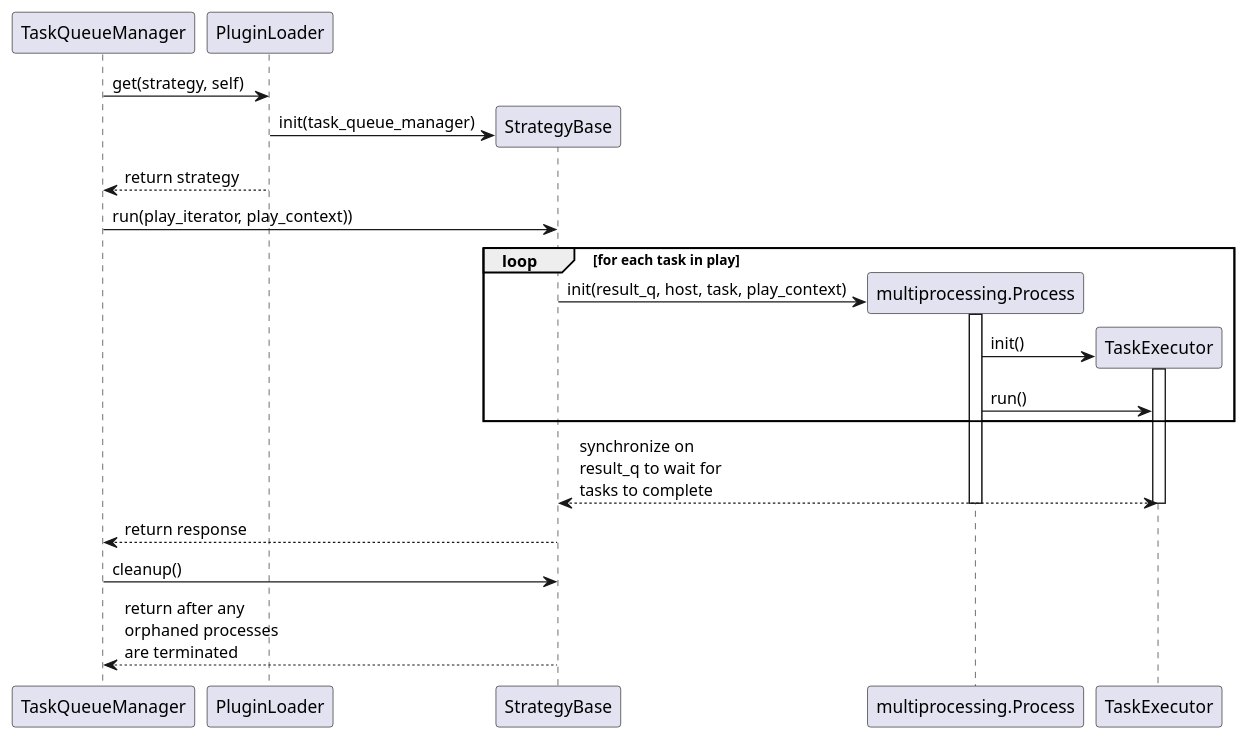
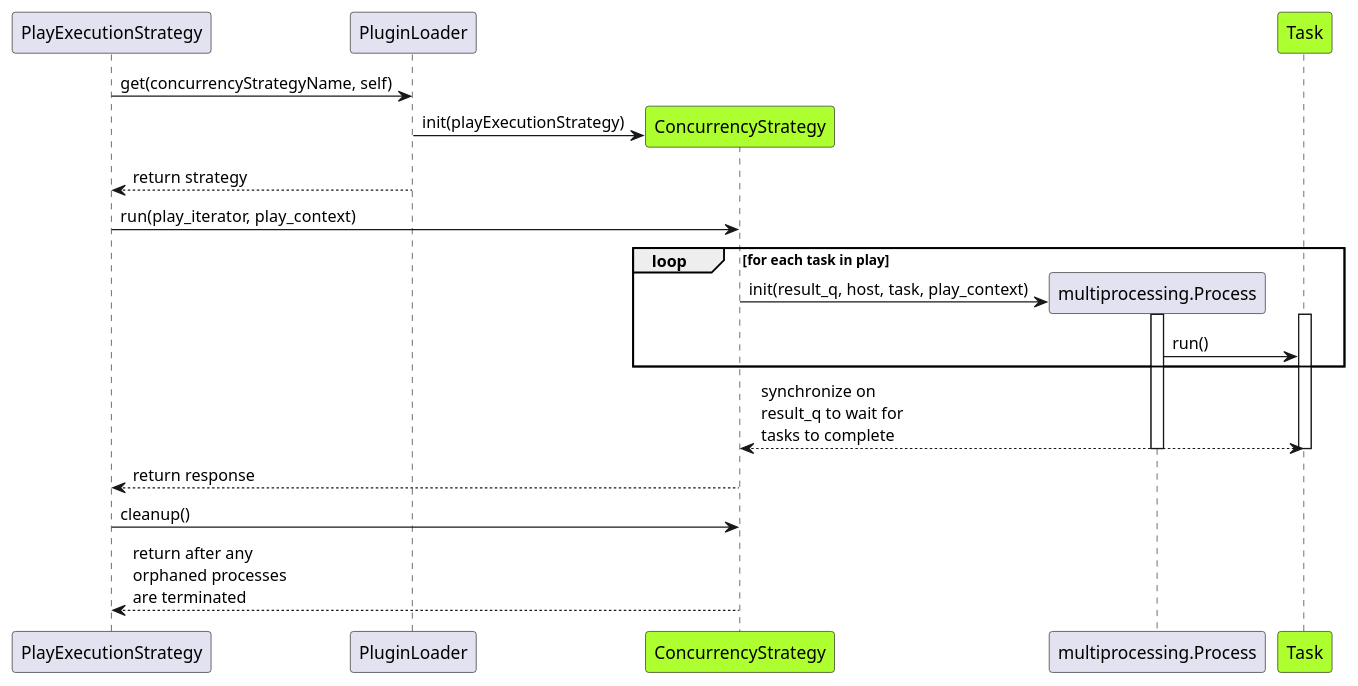
The diagram in project/uml/StrategySequence.puml (ezequiels/nazz), drawn with PlantUML before and after one commit. The commit also changed 1 other file, not shown here.

Commit message:
Move CLI sequence diagrams to different folder. Update domain diagrams.

```diff
--- a/project/uml/StrategySequence.puml
+++ b/project/uml/StrategySequence.puml
@@ -1,27 +1,27 @@
 @startuml
-participant TaskQueueManager
+participant PlayExecutionStrategy
 participant PluginLoader
-TaskQueueManager->PluginLoader:get(strategy, self)
-create StrategyBase
-PluginLoader->StrategyBase: init(task_queue_manager)
-TaskQueueManager<--PluginLoader:return strategy
-TaskQueueManager->StrategyBase: run(play_iterator, play_context))
+participant ConcurrencyStrategy #greenYellow
+PlayExecutionStrategy->PluginLoader:get(concurrencyStrategyName, self)
+create ConcurrencyStrategy
+PluginLoader->ConcurrencyStrategy: init(playExecutionStrategy)
+PlayExecutionStrategy<--PluginLoader: return strategy
+PlayExecutionStrategy->ConcurrencyStrategy: run(play_iterator, play_context)
 
 loop for each task in play
 create multiprocessing.Process
-StrategyBase->multiprocessing.Process: init(result_q, host, task, play_context)
+ConcurrencyStrategy->multiprocessing.Process: init(result_q, host, task, play_context)
 activate multiprocessing.Process
-create TaskExecutor
-multiprocessing.Process->TaskExecutor: init()
-activate TaskExecutor
-multiprocessing.Process->TaskExecutor: run()
+participant Task #greenYellow
+activate Task
+multiprocessing.Process->Task: run()
 end loop
 
-StrategyBase<-->TaskExecutor: synchronize on\nresult_q to wait for\ntasks to complete
-deactivate TaskExecutor
+ConcurrencyStrategy<-->Task: synchronize on\nresult_q to wait for\ntasks to complete
+deactivate Task
 deactivate multiprocessing.Process
 
-TaskQueueManager<--StrategyBase: return response
-TaskQueueManager->StrategyBase: cleanup()
-TaskQueueManager<--StrategyBase: return after any\norphaned processes\nare terminated
+PlayExecutionStrategy<--ConcurrencyStrategy: return response
+PlayExecutionStrategy->ConcurrencyStrategy: cleanup()
+PlayExecutionStrategy<--ConcurrencyStrategy: return after any\norphaned processes\nare terminated
 @enduml
```
